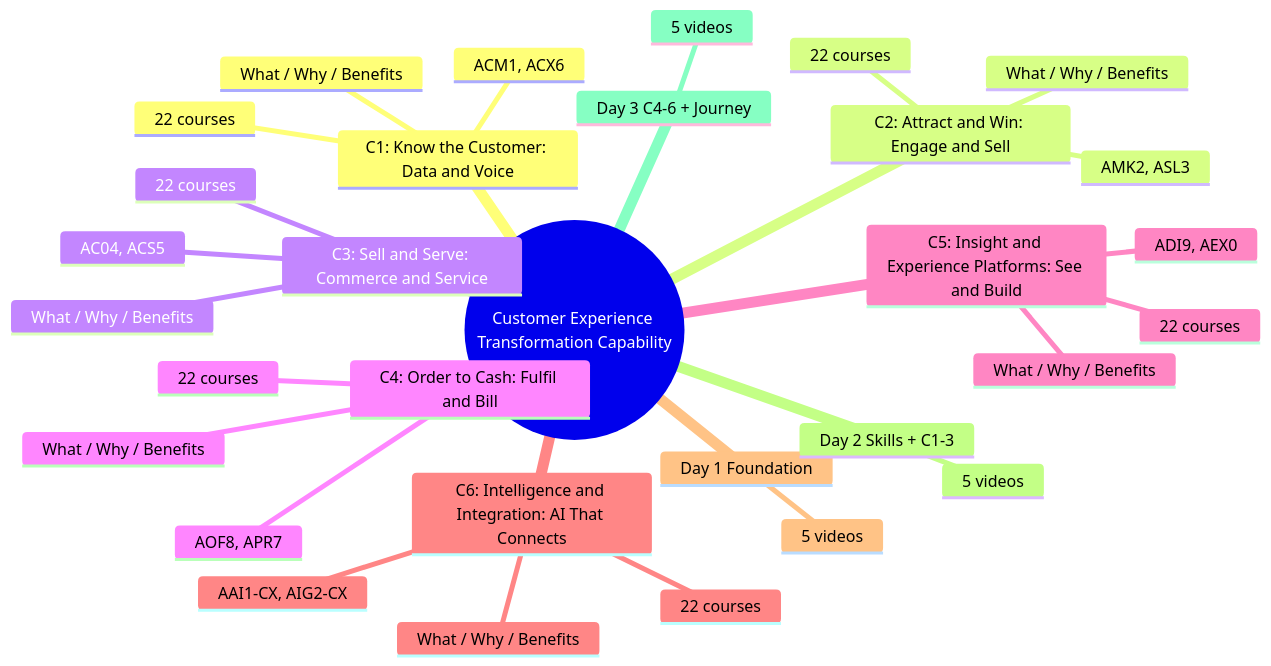
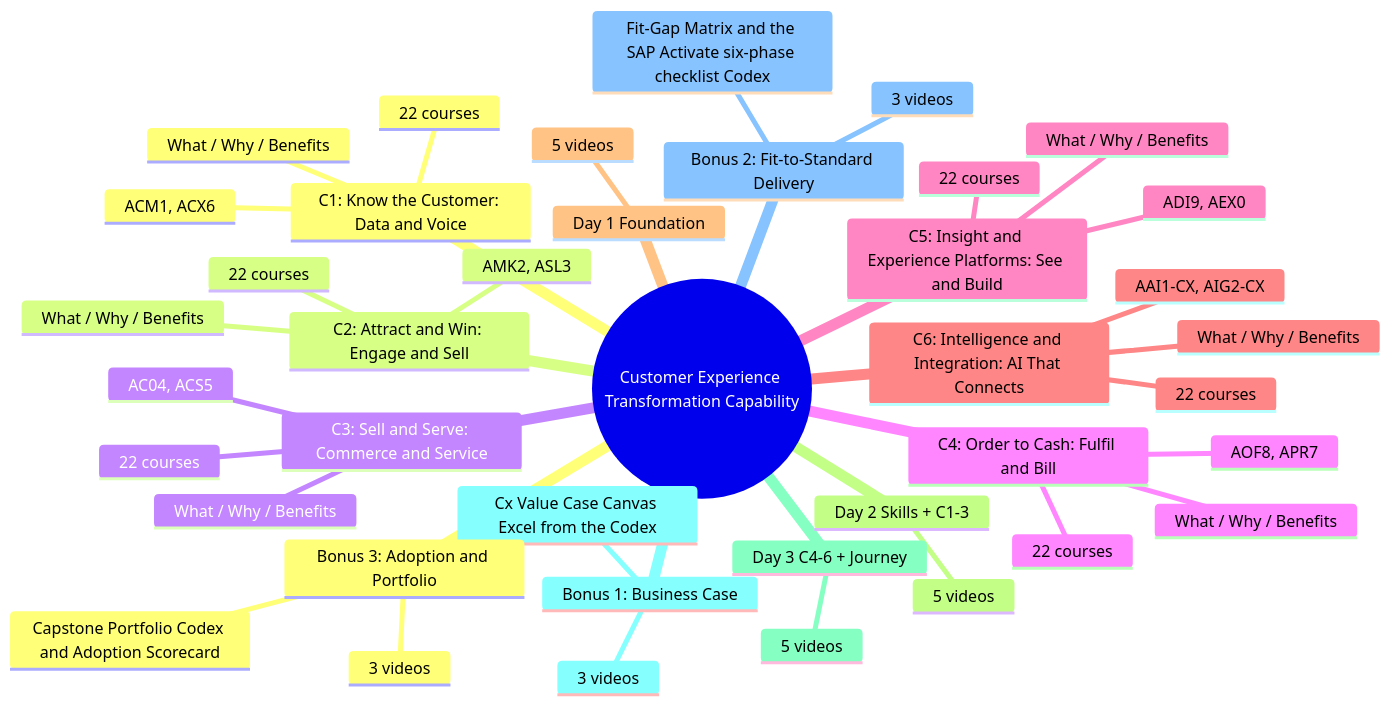
Before and after one commit to nbnayak88/learning-township: the diagram in 02-CRM-Customer-Experience-Capability-Academy-Revenue-Tuesday/CX-Customer-Experience-Transformation-132-3-Day-Course/Course/Course_MindMap.md, drawn with Mermaid. The commit also changed 49 other files, not shown here.

First line of the commit message:
Add 3-bonus track (9 videos) to CX Customer Experience Transformation course and update course-level files

````diff
--- a/02-CRM-Customer-Experience-Capability-Academy-Revenue-Tuesday/CX-Customer-Experience-Transformation-132-3-Day-Course/Course/Course_MindMap.md
+++ b/02-CRM-Customer-Experience-Capability-Academy-Revenue-Tuesday/CX-Customer-Experience-Transformation-132-3-Day-Course/Course/Course_MindMap.md
@@ -5,34 +5,43 @@
 ```mermaid
 mindmap
   root((Customer Experience Transformation Capability))
     C1: Know the Customer: Data and Voice
       ACM1, ACX6
       22 courses
       What / Why / Benefits
     C2: Attract and Win: Engage and Sell
       AMK2, ASL3
       22 courses
       What / Why / Benefits
     C3: Sell and Serve: Commerce and Service
       AC04, ACS5
       22 courses
       What / Why / Benefits
     C4: Order to Cash: Fulfil and Bill
       AOF8, APR7
       22 courses
       What / Why / Benefits
     C5: Insight and Experience Platforms: See and Build
       ADI9, AEX0
       22 courses
       What / Why / Benefits
     C6: Intelligence and Integration: AI That Connects
       AAI1-CX, AIG2-CX
       22 courses
       What / Why / Benefits
     Day 1 Foundation
       5 videos
     Day 2 Skills + C1-3
       5 videos
     Day 3 C4-6 + Journey
       5 videos
+    Bonus 1: Business Case
+      3 videos
+      Cx Value Case Canvas Excel from the Codex
+    Bonus 2: Fit-to-Standard Delivery
+      3 videos
+      Fit-Gap Matrix and the SAP Activate six-phase checklist Codex
+    Bonus 3: Adoption and Portfolio
+      3 videos
+      Capstone Portfolio Codex and Adoption Scorecard
 ```
````
